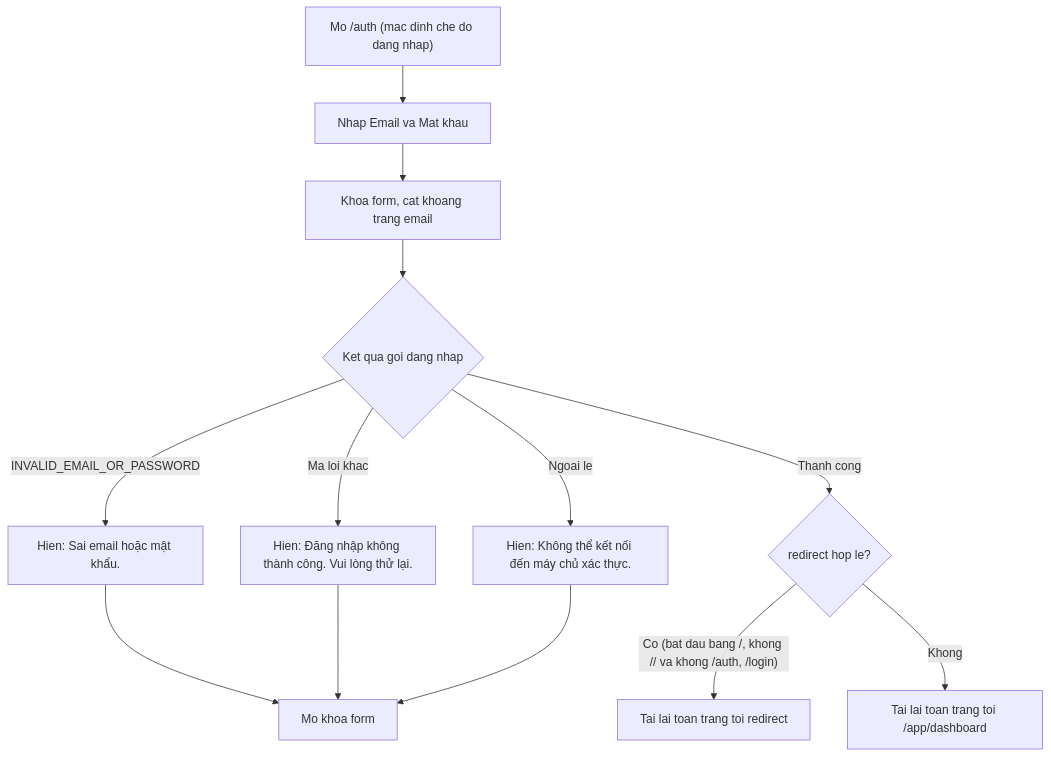
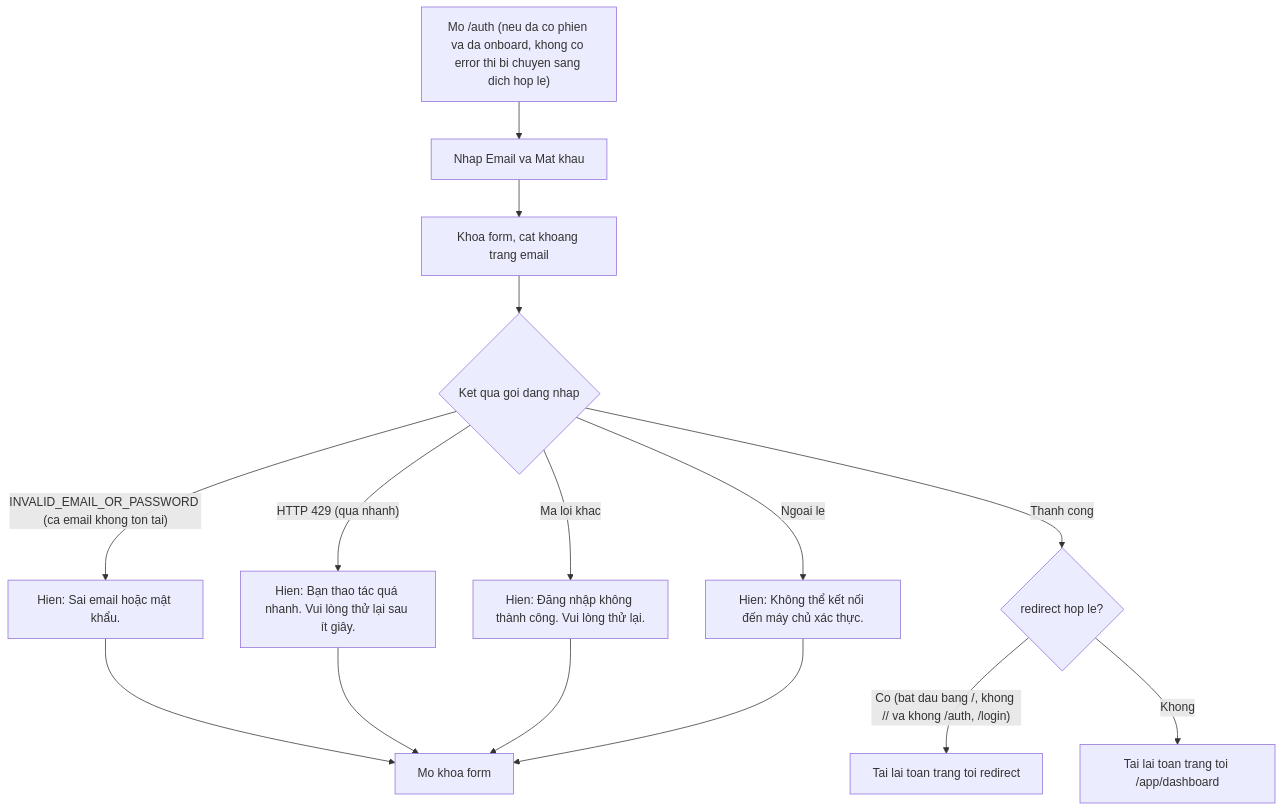
One commit to vinh19410/vox-flow changed the fourth of 14 diagrams in docs/_reverse/auth-account/srs/auth-account-reverse-flows.md. Above: the diagram before and after it, drawn with Mermaid. The commit also changed other lines of this file and 16 other files, not shown here.

````diff
--- a/docs/_reverse/auth-account/srs/auth-account-reverse-flows.md
+++ b/docs/_reverse/auth-account/srs/auth-account-reverse-flows.md
@@ -94,15 +107,17 @@
 ```mermaid
 flowchart TD
-    A["Mo /auth (mac dinh che do dang nhap)"] --> B["Nhap Email va Mat khau"]
+    A["Mo /auth (neu da co phien va da onboard, khong co error thi bi chuyen sang dich hop le)"] --> B["Nhap Email va Mat khau"]
     B --> C["Khoa form, cat khoang trang email"]
     C --> D{"Ket qua goi dang nhap"}
-    D -->|"INVALID_EMAIL_OR_PASSWORD"| D1["Hien: Sai email hoặc mật khẩu."]
+    D -->|"INVALID_EMAIL_OR_PASSWORD (ca email khong ton tai)"| D1["Hien: Sai email hoặc mật khẩu."]
+    D -->|"HTTP 429 (qua nhanh)"| D1b["Hien: Bạn thao tác quá nhanh. Vui lòng thử lại sau ít giây."]
     D -->|"Ma loi khac"| D2["Hien: Đăng nhập không thành công. Vui lòng thử lại."]
     D -->|"Ngoai le"| D3["Hien: Không thể kết nối đến máy chủ xác thực."]
     D -->|"Thanh cong"| E{"redirect hop le?"}
     E -->|"Co (bat dau bang /, khong // va khong /auth, /login)"| E1["Tai lai toan trang toi redirect"]
     E -->|Khong| E2["Tai lai toan trang toi /app/dashboard"]
     D1 --> F["Mo khoa form"]
+    D1b --> F
     D2 --> F
     D3 --> F
 ```
````
